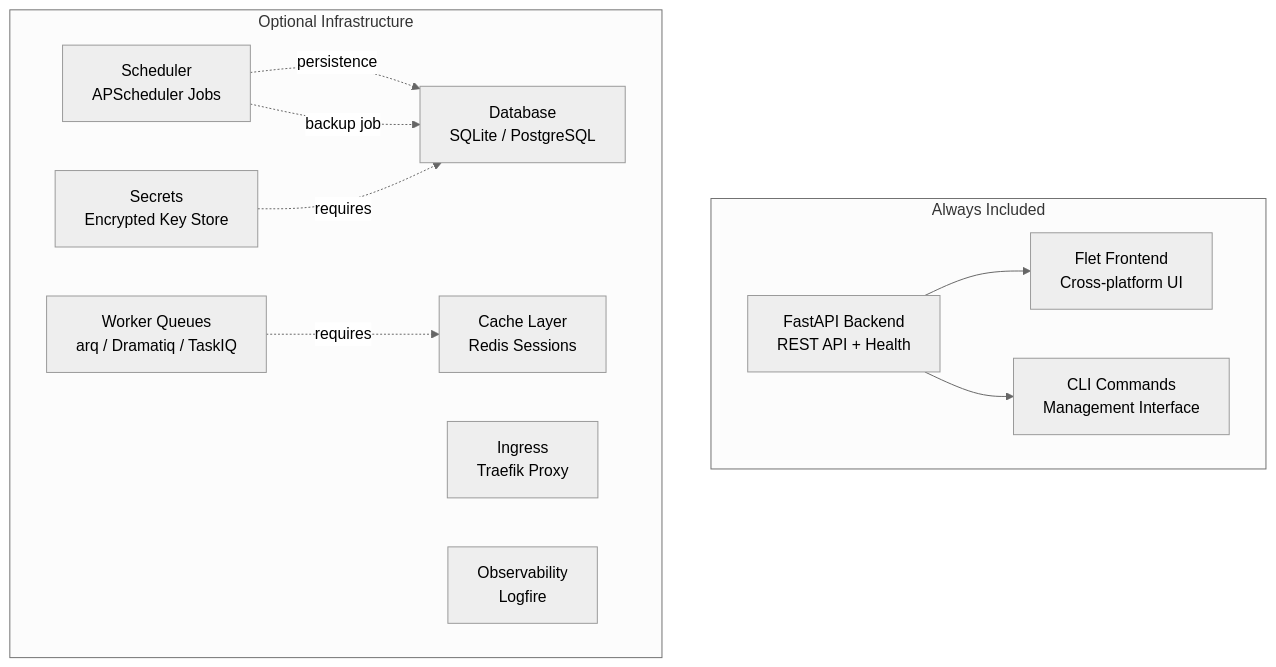
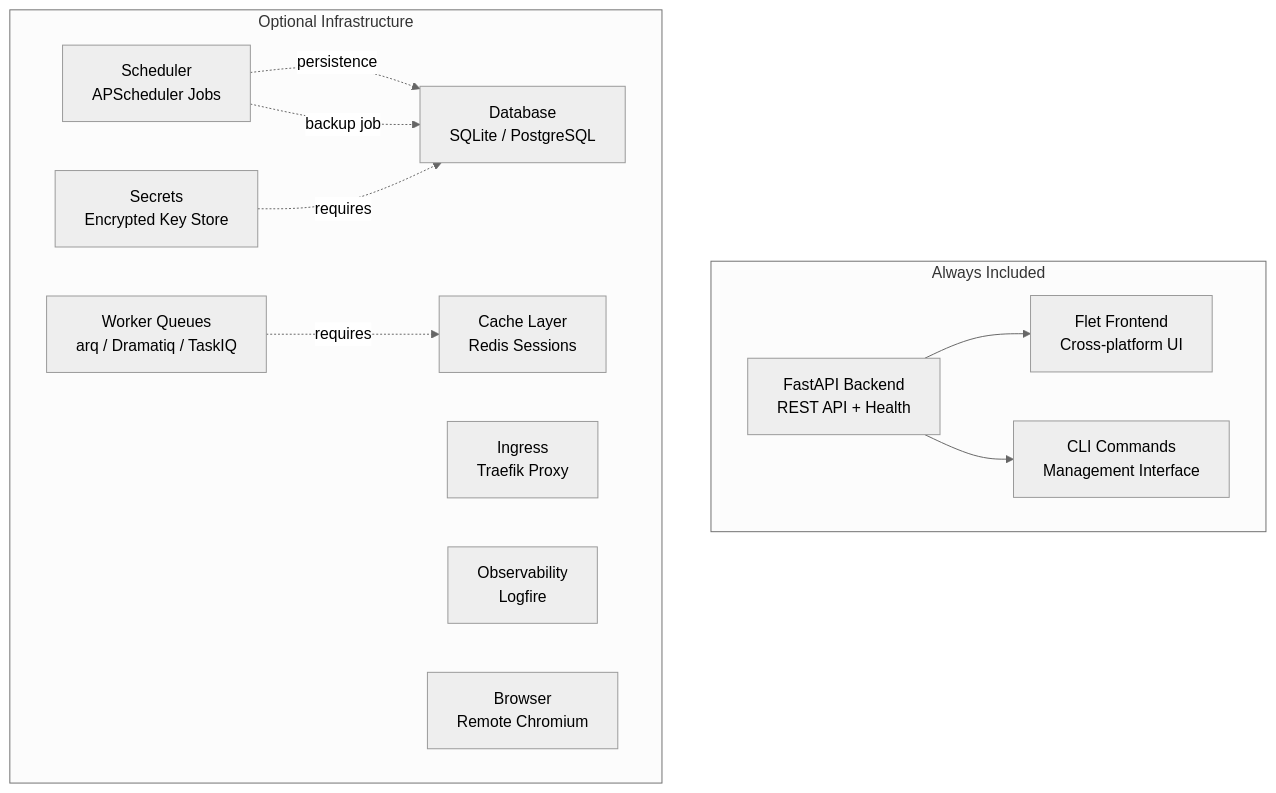
One commit to lbedner/aegis-stack changed the first of 2 diagrams in docs/components/index.md. Above: the diagram before and after it, drawn with Mermaid (neutral theme). The commit also changed 22 other files, not shown here.

````diff
--- a/docs/components/index.md
+++ b/docs/components/index.md
@@ -25,26 +25,27 @@
 ```mermaid
 graph TB
     subgraph "Always Included"
         API["FastAPI Backend<br/>REST API + Health"]
         Frontend["Flet Frontend<br/>Cross-platform UI"]
         CLI["CLI Commands<br/>Management Interface"]
     end
     
     subgraph "Optional Infrastructure"
         Scheduler["Scheduler<br/>APScheduler Jobs"]
         Database["Database<br/>SQLite / PostgreSQL"]
         Worker["Worker Queues<br/>arq / Dramatiq / TaskIQ"]
         Ingress["Ingress<br/>Traefik Proxy"]
         Observability["Observability<br/>Logfire"]
         Cache["Cache Layer<br/>Redis Sessions"]
         Secrets["Secrets<br/>Encrypted Key Store"]
+        Browser["Browser<br/>Remote Chromium"]
     end
     
     API --> Frontend
     API --> CLI
     
     Scheduler -.->|persistence| Database
     Worker -.->|requires| Cache
     Scheduler -.->|backup job| Database
     Secrets -.->|requires| Database
 ```
````
